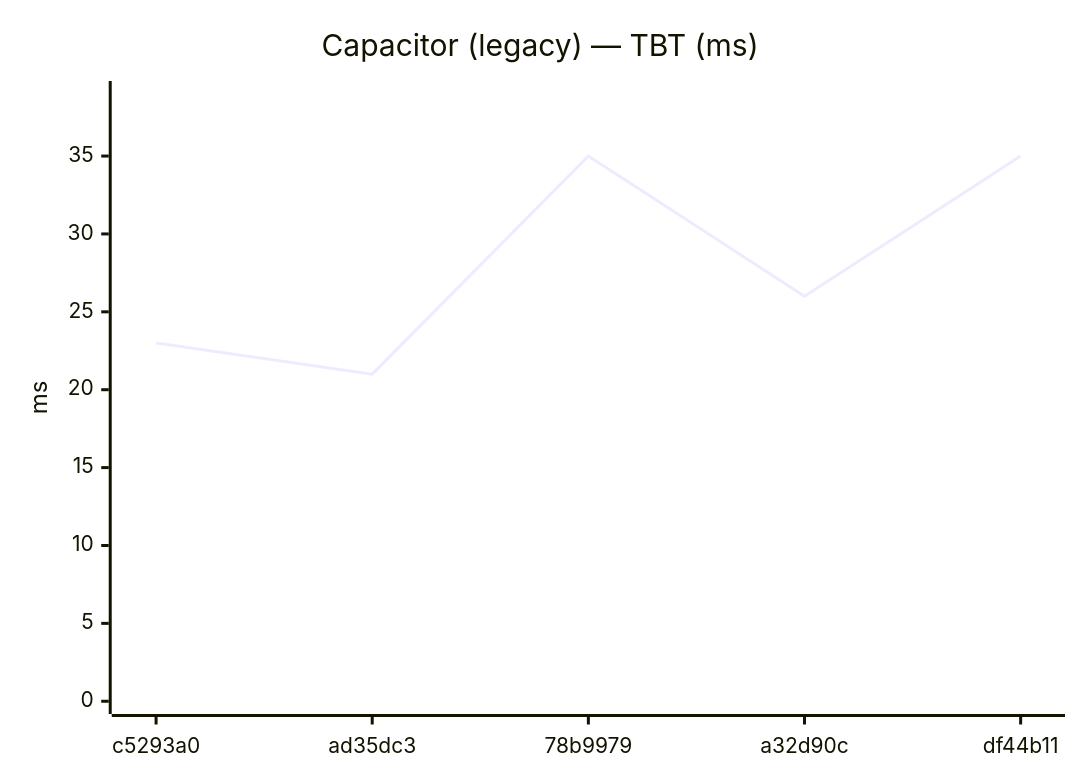
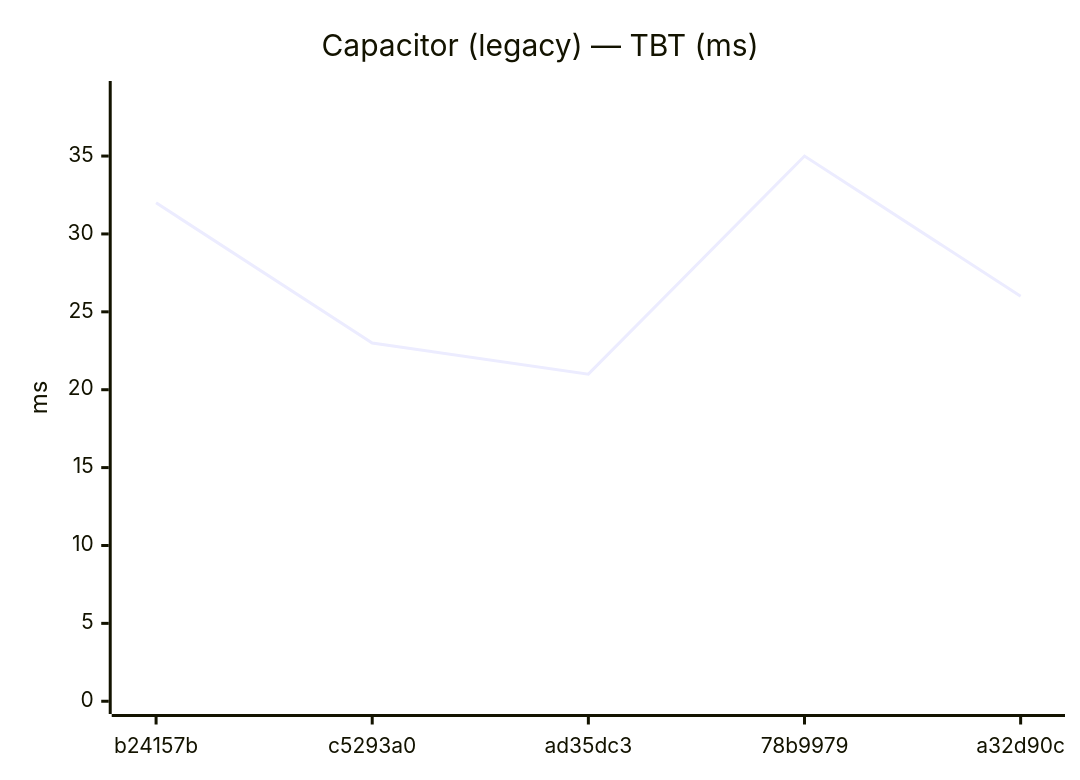
Diagram 14 of 24 in benchmarks/compare.md (Metaheurist/Rianell), drawn with Mermaid before and after one commit. The commit also changed other lines of this file and 14 other files, not shown here.

````diff
--- a/benchmarks/compare.md
+++ b/benchmarks/compare.md
@@ -201,7 +201,7 @@
 ```mermaid
 xychart-beta
     title "Capacitor (legacy) — TBT (ms)"
-    x-axis ["c5293a0", "ad35dc3", "78b9979", "a32d90c", "df44b11"]
+    x-axis ["b24157b", "c5293a0", "ad35dc3", "78b9979", "a32d90c"]
     y-axis "ms" 0 --> 39
-    line [23, 21, 35, 26, 35]
+    line [32, 23, 21, 35, 26]
 ```
````
